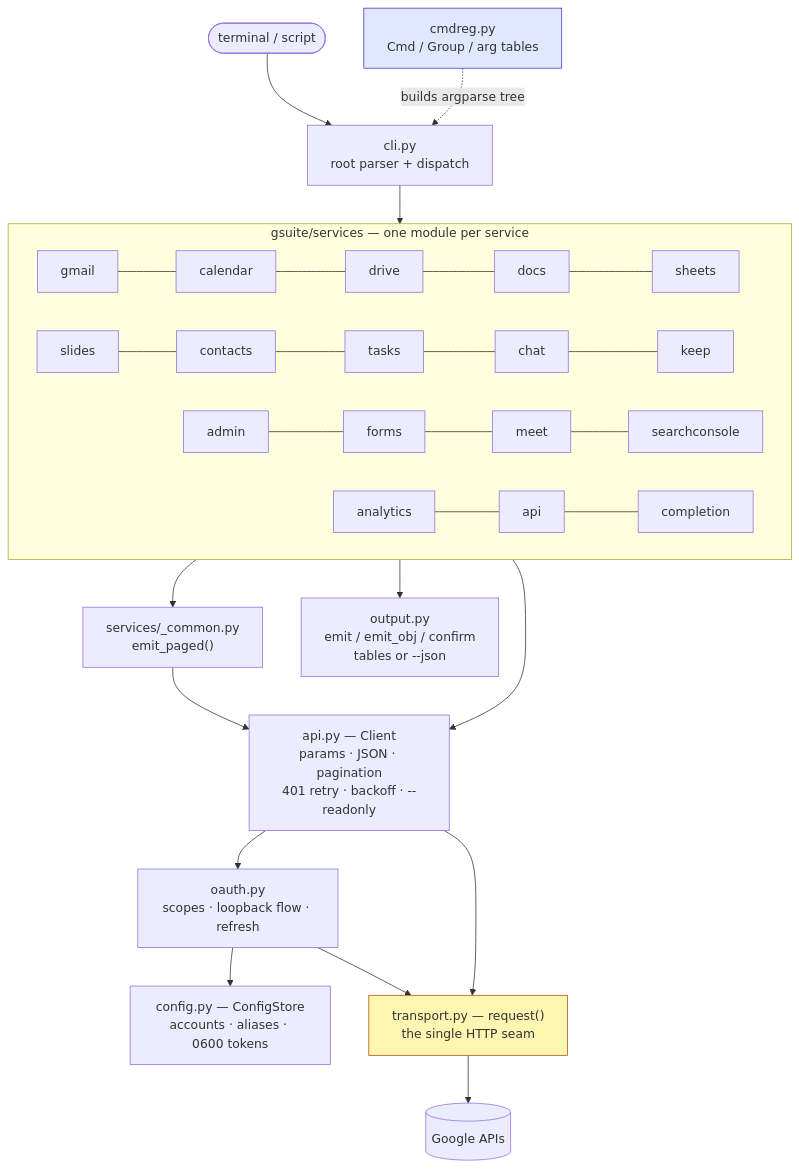
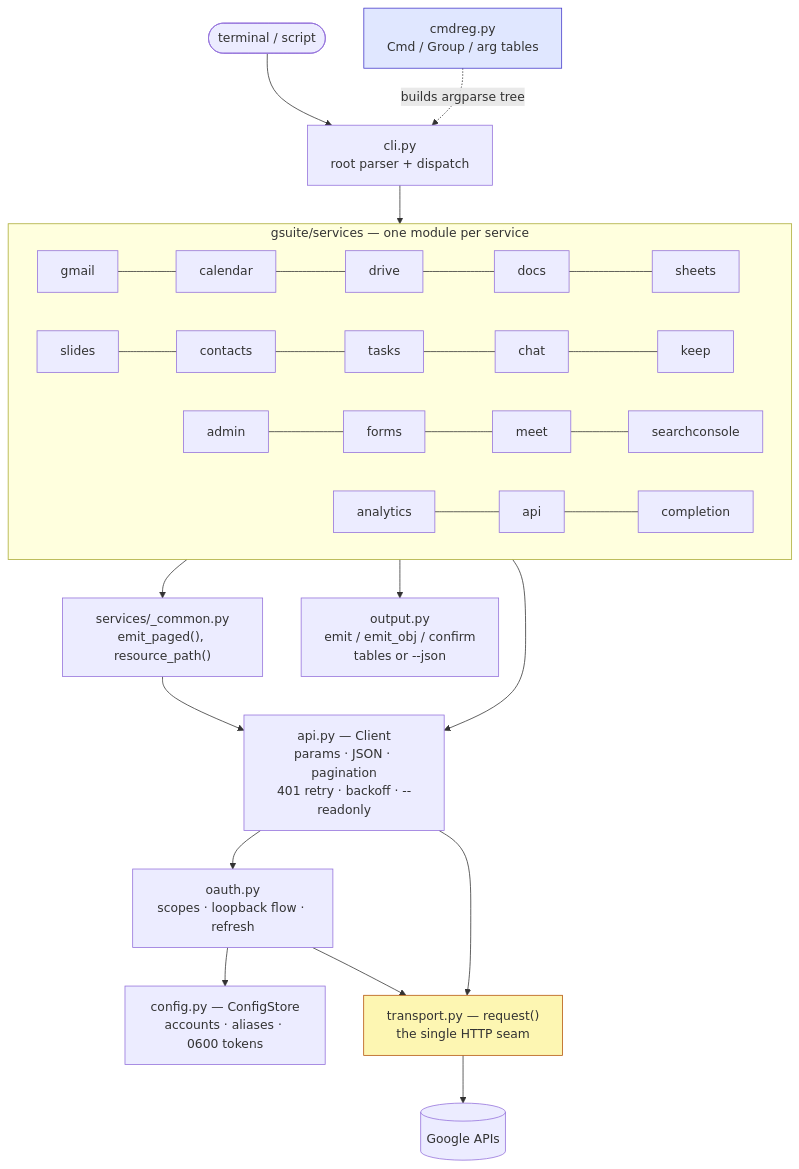
One commit to pfeilbr/git-scratchpad changed the first of 3 diagrams in docs/architecture.md. Above: the diagram before and after it, drawn with Mermaid. The commit also changed other lines of this file and 14 other files, not shown here.

````diff
--- a/docs/architecture.md
+++ b/docs/architecture.md
@@ -9,27 +9,27 @@
 ```mermaid
 flowchart TD
     U([terminal / script]) --> CLI["cli.py<br/>root parser + dispatch"]
 
     subgraph SVC ["gsuite/services — one module per service"]
         direction LR
         GM[gmail] --- CA[calendar] --- DR[drive] --- DO[docs] --- SH[sheets]
         SL[slides] --- CO[contacts] --- TA[tasks] --- CH[chat] --- KE[keep]
         AD[admin] --- FO[forms] --- ME[meet] --- SC[searchconsole]
         AN[analytics] --- AP[api] --- CP[completion]
     end
 
     CLI --> SVC
     REG["cmdreg.py<br/>Cmd / Group / arg tables"] -. "builds argparse tree" .-> CLI
-    SVC --> COMMON["services/_common.py<br/>emit_paged()"]
+    SVC --> COMMON["services/_common.py<br/>emit_paged(), resource_path()"]
     SVC --> OUT["output.py<br/>emit / emit_obj / confirm<br/>tables or --json"]
     COMMON --> CLIENT
     SVC --> CLIENT["api.py — Client<br/>params · JSON · pagination<br/>401 retry · backoff · --readonly"]
     CLIENT --> OAUTH["oauth.py<br/>scopes · loopback flow · refresh"]
     OAUTH --> CFG["config.py — ConfigStore<br/>accounts · aliases · 0600 tokens"]
     CLIENT --> T["transport.py — request()<br/>the single HTTP seam"]
     OAUTH --> T
     T --> G[(Google APIs)]
 
     style T fill:#fdf6b2,stroke:#b45309
     style REG fill:#e0e7ff,stroke:#4338ca
 ```
````
